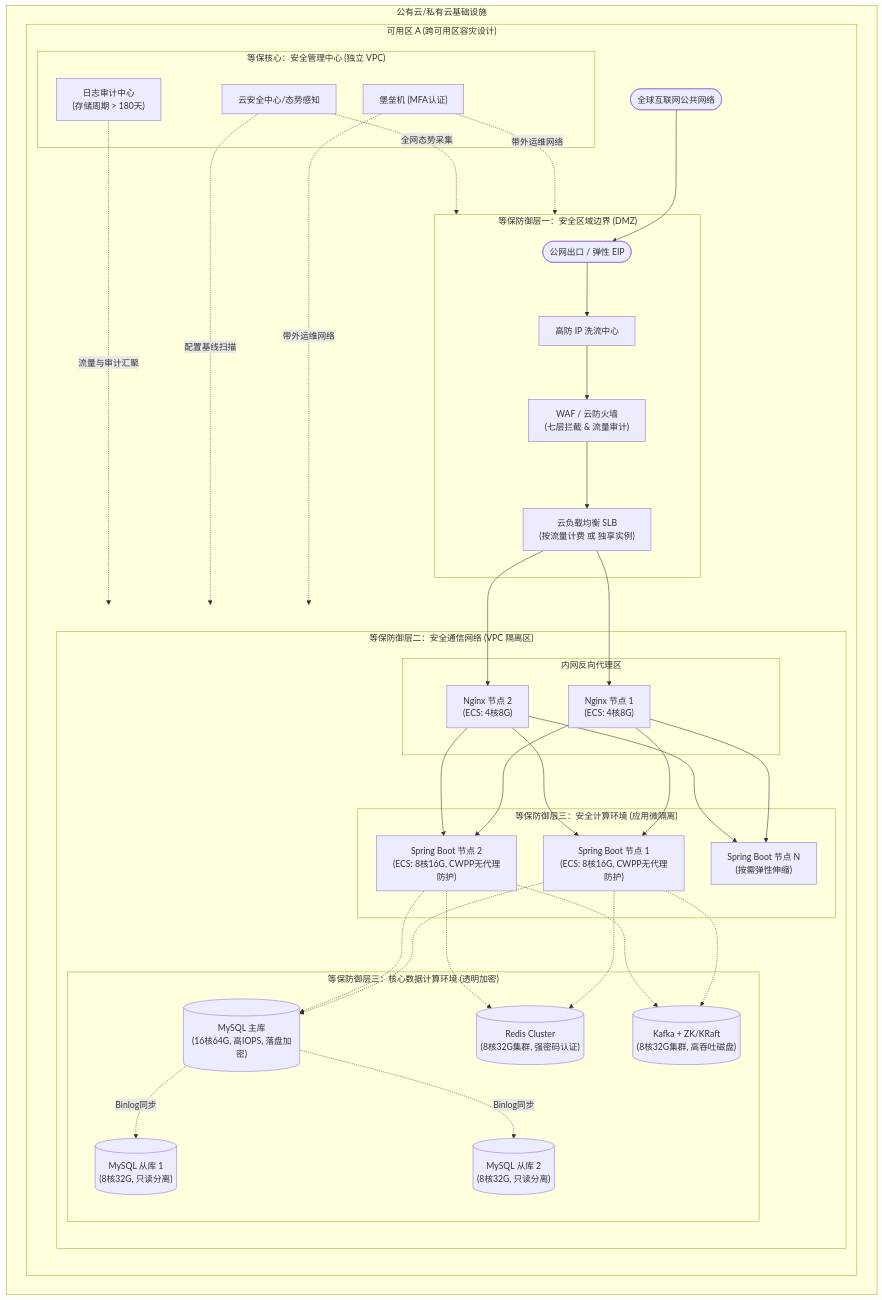
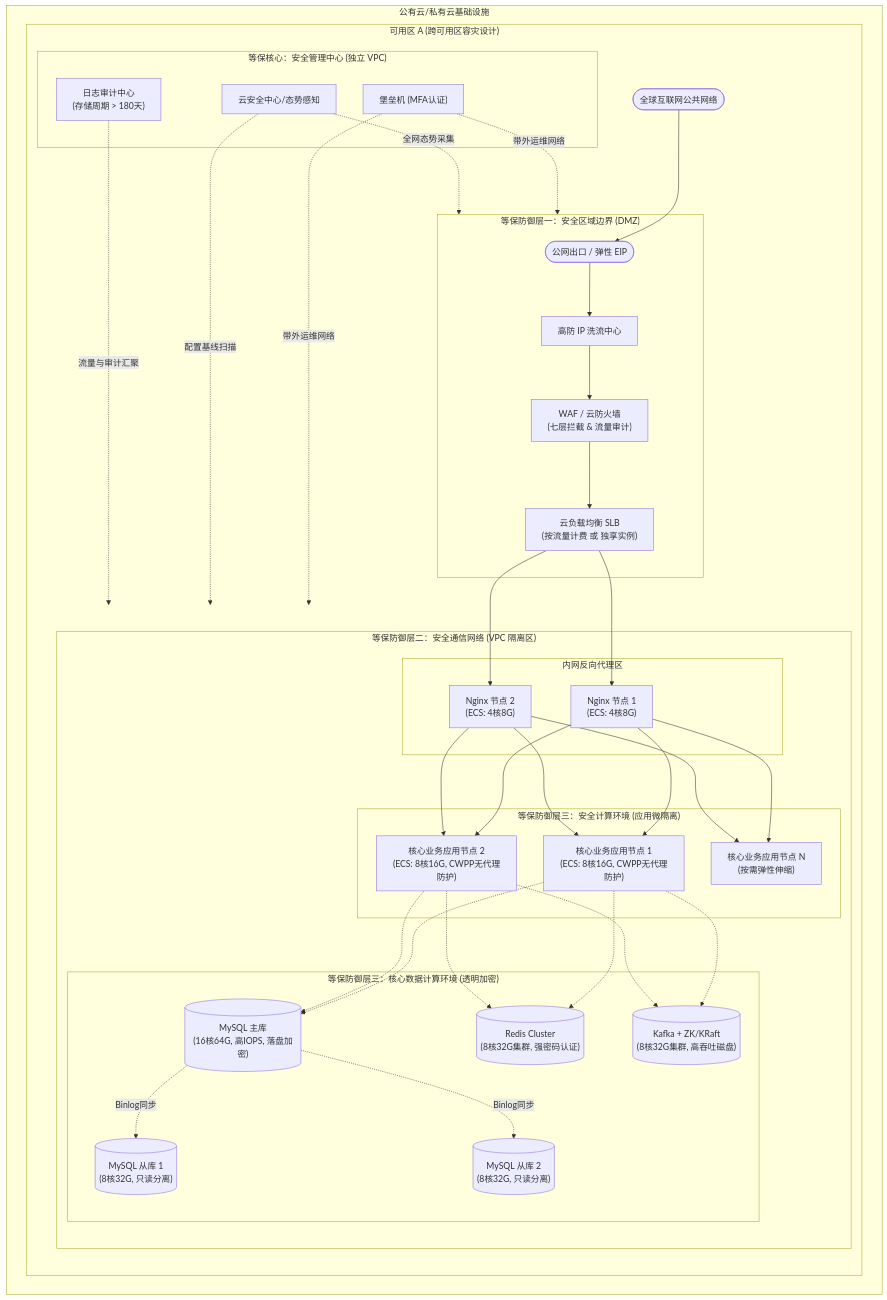
Before and after one commit to YouUWd/jules_task: the diagram in Deployment.md, drawn with Mermaid. The commit also changed other lines of this file, not shown here.

First line of the commit message:
docs: generalize deployment architecture to be tech-agnostic

````diff
--- a/Deployment.md
+++ b/Deployment.md
@@ -37,77 +37,77 @@
 ```mermaid
 flowchart TD
     Internet(["全球互联网公共网络"])
 
     subgraph Cloud["公有云/私有云基础设施"]
         subgraph AZA["可用区 A (跨可用区容灾设计)"]
 
             subgraph SecBoundary["等保防御层一：安全区域边界 (DMZ)"]
                 EIP(["公网出口 / 弹性 EIP"])
                 Anti_DDoS["高防 IP 洗流中心"]
                 WAF["WAF / 云防火墙\n(七层拦截 & 流量审计)"]
                 SLB["云负载均衡 SLB\n(按流量计费 或 独享实例)"]
             end
 
             subgraph SecComm["等保防御层二：安全通信网络 (VPC 隔离区)"]
                 subgraph WebTier["内网反向代理区"]
                     Nginx1["Nginx 节点 1\n(ECS: 4核8G)"]
                     Nginx2["Nginx 节点 2\n(ECS: 4核8G)"]
                 end
 
                 subgraph AppTier["等保防御层三：安全计算环境 (应用微隔离)"]
-                    App1["Spring Boot 节点 1\n(ECS: 8核16G, CWPP无代理防护)"]
-                    App2["Spring Boot 节点 2\n(ECS: 8核16G, CWPP无代理防护)"]
-                    AppN["Spring Boot 节点 N\n(按需弹性伸缩)"]
+                    App1["核心业务应用节点 1\n(ECS: 8核16G, CWPP无代理防护)"]
+                    App2["核心业务应用节点 2\n(ECS: 8核16G, CWPP无代理防护)"]
+                    AppN["核心业务应用节点 N\n(按需弹性伸缩)"]
                 end
 
                 subgraph DataTier["等保防御层三：核心数据计算环境 (透明加密)"]
                     MySQL_Master[("MySQL 主库\n(16核64G, 高IOPS, 落盘加密)")]
                     MySQL_Slave1[("MySQL 从库 1\n(8核32G, 只读分离)")]
                     MySQL_Slave2[("MySQL 从库 2\n(8核32G, 只读分离)")]
 
                     Redis[("Redis Cluster\n(8核32G集群, 强密码认证)")]
                     Kafka[("Kafka + ZK/KRaft\n(8核32G集群, 高吞吐磁盘)")]
                 end
             end
 
             subgraph SecCenter["等保核心：安全管理中心 (独立 VPC)"]
                 Bastion["堡垒机 (MFA认证)"]
                 SOC["云安全中心/态势感知"]
                 LogCenter["日志审计中心\n(存储周期 > 180天)"]
             end
 
             Internet --> EIP
             EIP --> Anti_DDoS
             Anti_DDoS --> WAF
             WAF --> SLB
 
             SLB --> Nginx1
             SLB --> Nginx2
 
             Nginx1 --> App1
             Nginx1 --> App2
             Nginx1 --> AppN
 
             Nginx2 --> App1
             Nginx2 --> App2
             Nginx2 --> AppN
 
             App1 -.-> MySQL_Master
             App1 -.-> Redis
             App1 -.-> Kafka
 
             App2 -.-> MySQL_Master
             App2 -.-> Redis
             App2 -.-> Kafka
 
             MySQL_Master -.->|Binlog同步| MySQL_Slave1
             MySQL_Master -.->|Binlog同步| MySQL_Slave2
 
             Bastion -.->|带外运维网络| SecBoundary
             Bastion -.->|带外运维网络| SecComm
             SOC -.->|全网态势采集| SecBoundary
             SOC -.->|配置基线扫描| SecComm
             LogCenter -.->|流量与审计汇聚| SecComm
         end
     end
 ```
````
